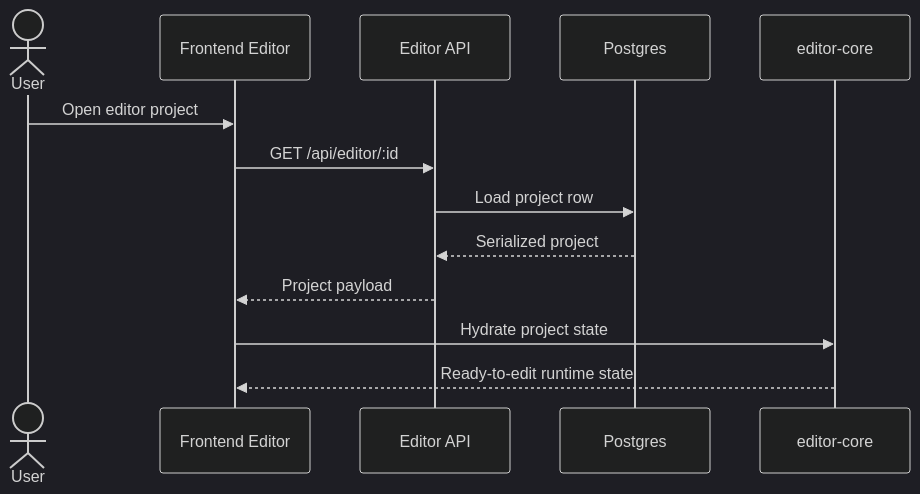
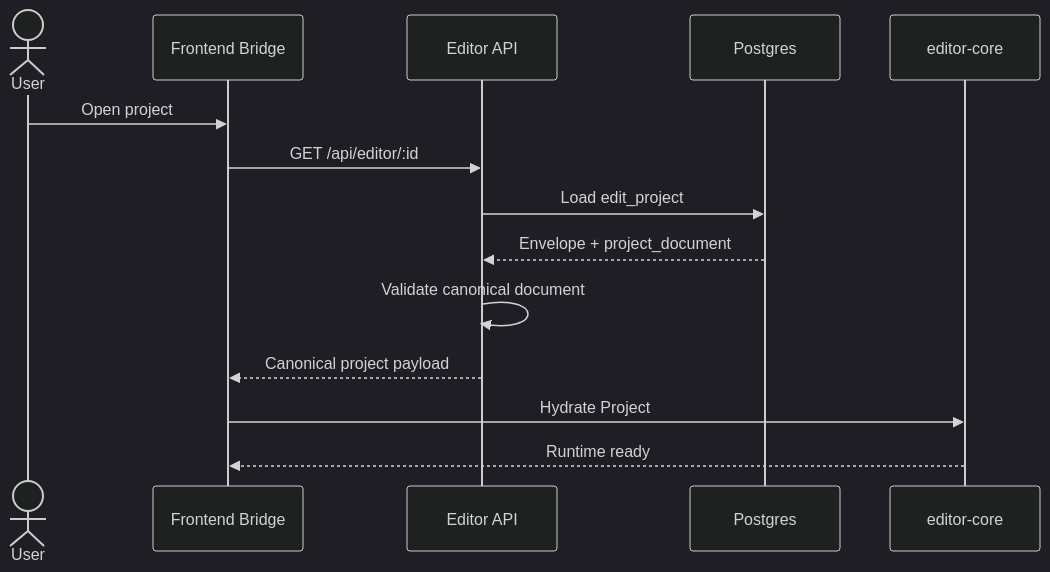
Before and after one commit to KennethAtchon/ContentAI: the first of 3 diagrams in docs/plans/hld-editor.md, drawn with Mermaid (dark theme). The commit also changed other lines of this file and 14 other files, not shown here.

````diff
--- a/docs/plans/hld-editor.md
+++ b/docs/plans/hld-editor.md
@@ -259,16 +468,17 @@
 ```mermaid
 sequenceDiagram
     actor User
-    participant FE as Frontend Editor
+    participant FE as Frontend Bridge
     participant API as Editor API
     participant DB as Postgres
     participant Core as editor-core
 
-    User->>FE: Open editor project
+    User->>FE: Open project
     FE->>API: GET /api/editor/:id
-    API->>DB: Load project row
-    DB-->>API: Serialized project
-    API-->>FE: Project payload
-    FE->>Core: Hydrate project state
-    Core-->>FE: Ready-to-edit runtime state
+    API->>DB: Load edit_project
+    DB-->>API: Envelope + project_document
+    API->>API: Validate canonical document
+    API-->>FE: Canonical project payload
+    FE->>Core: Hydrate Project
+    Core-->>FE: Runtime ready
 ```
````
